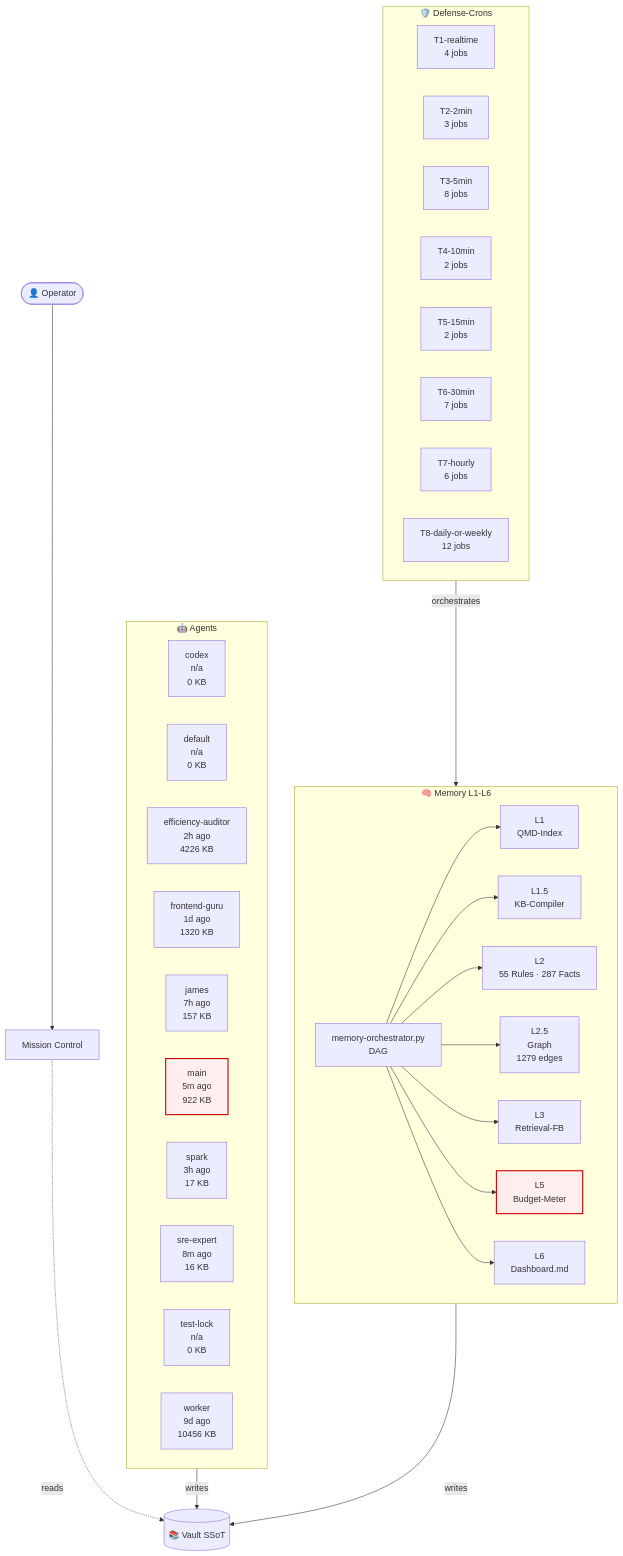
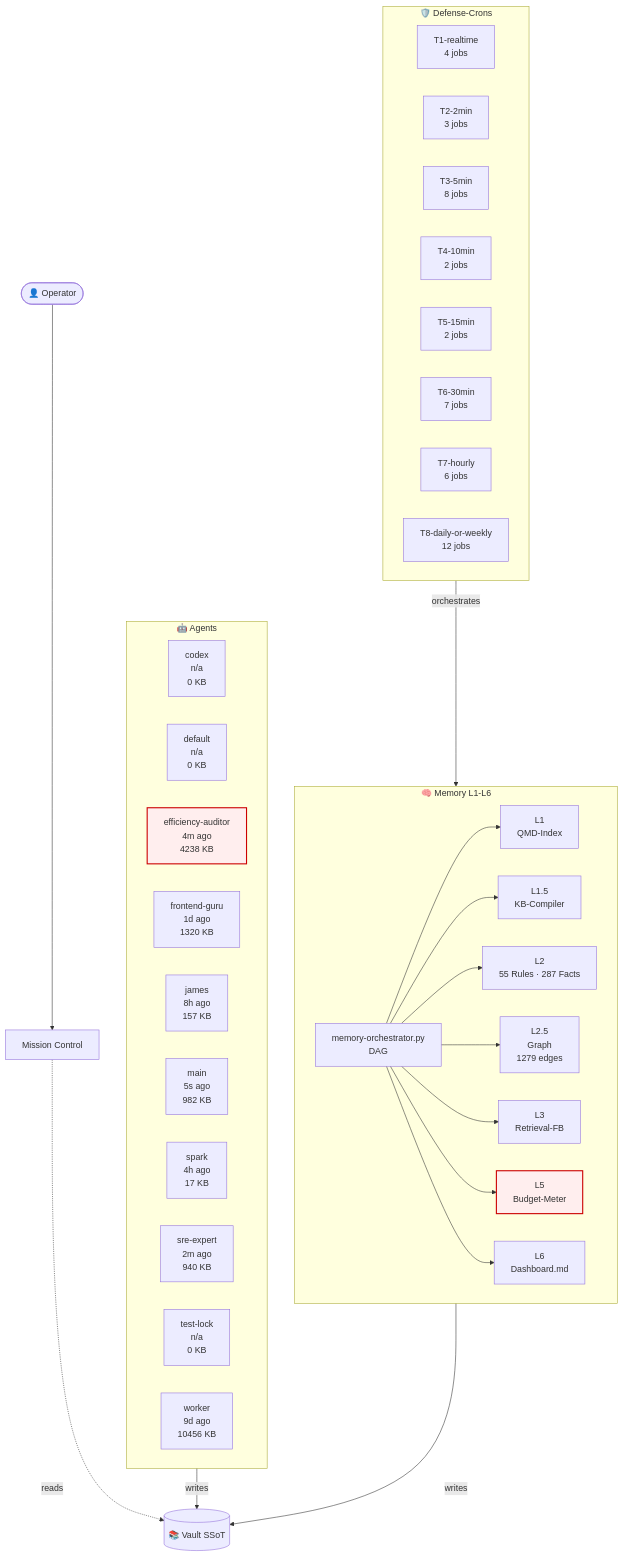
One commit to lenardhuebner88-rgb/openclaw-memory changed the diagram in 03-Agents/architecture-live.md. Above: the diagram before and after it, drawn with Mermaid. The commit also changed other lines of this file and 21 other files, not shown here.

````diff
--- a/03-Agents/architecture-live.md
+++ b/03-Agents/architecture-live.md
@@ -18,53 +18,53 @@
 ```mermaid
 flowchart TB
     classDef critical fill:#fee,stroke:#c00,stroke-width:2px;
     subgraph AGT["🤖 Agents"]
         agent_codex["codex<br/>n/a<br/>0 KB"]
         agent_default["default<br/>n/a<br/>0 KB"]
-        agent_efficiency_auditor["efficiency-auditor<br/>2h ago<br/>4226 KB"]
+        agent_efficiency_auditor["efficiency-auditor<br/>4m ago<br/>4238 KB"]
         agent_frontend_guru["frontend-guru<br/>1d ago<br/>1320 KB"]
-        agent_james["james<br/>7h ago<br/>157 KB"]
-        agent_main["main<br/>5m ago<br/>922 KB"]
-        agent_spark["spark<br/>3h ago<br/>17 KB"]
-        agent_sre_expert["sre-expert<br/>8m ago<br/>16 KB"]
+        agent_james["james<br/>8h ago<br/>157 KB"]
+        agent_main["main<br/>5s ago<br/>982 KB"]
+        agent_spark["spark<br/>4h ago<br/>17 KB"]
+        agent_sre_expert["sre-expert<br/>2m ago<br/>940 KB"]
         agent_test_lock["test-lock<br/>n/a<br/>0 KB"]
         agent_worker["worker<br/>9d ago<br/>10456 KB"]
     end
     subgraph MEM["🧠 Memory L1-L6"]
         L1["L1<br/>QMD-Index"]
         L15["L1.5<br/>KB-Compiler"]
         L2["L2<br/>55 Rules · 287 Facts"]
         L25["L2.5<br/>Graph<br/>1279 edges"]
         L3["L3<br/>Retrieval-FB"]
         L5["L5<br/>Budget-Meter"]
         L6["L6<br/>Dashboard.md"]
         ORCH["memory-orchestrator.py<br/>DAG"]
     end
     subgraph CRN["🛡️ Defense-Crons"]
         tier_T1_realtime["T1-realtime<br/>4 jobs"]
         tier_T2_2min["T2-2min<br/>3 jobs"]
         tier_T3_5min["T3-5min<br/>8 jobs"]
         tier_T4_10min["T4-10min<br/>2 jobs"]
         tier_T5_15min["T5-15min<br/>2 jobs"]
         tier_T6_30min["T6-30min<br/>7 jobs"]
         tier_T7_hourly["T7-hourly<br/>6 jobs"]
         tier_T8_daily_or_weekly["T8-daily-or-weekly<br/>12 jobs"]
     end
     VAULT[("📚 Vault SSoT")]
     OP([👤 Operator])
     MC["Mission Control"]
     OP --> MC
     MC -.reads.-> VAULT
     AGT -->|writes| VAULT
     MEM -->|writes| VAULT
     ORCH --> L1
     ORCH --> L15
     ORCH --> L2
     ORCH --> L25
     ORCH --> L3
     ORCH --> L5
     ORCH --> L6
     CRN -->|orchestrates| MEM
     class L5 critical
-    class agent_main critical
+    class agent_efficiency_auditor critical
 ```
````
